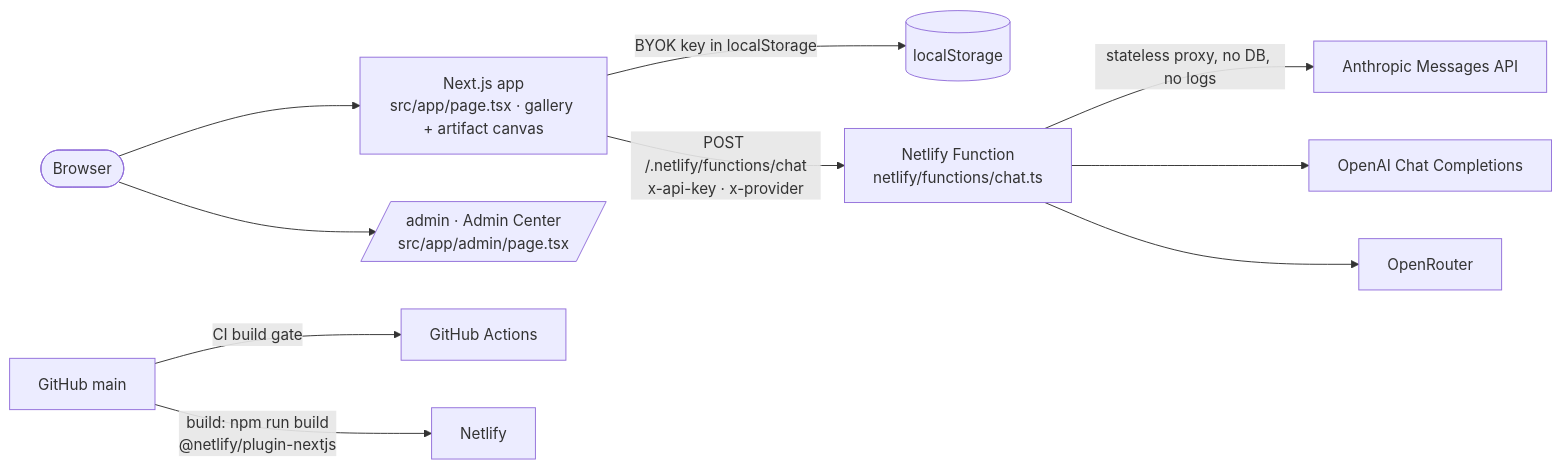
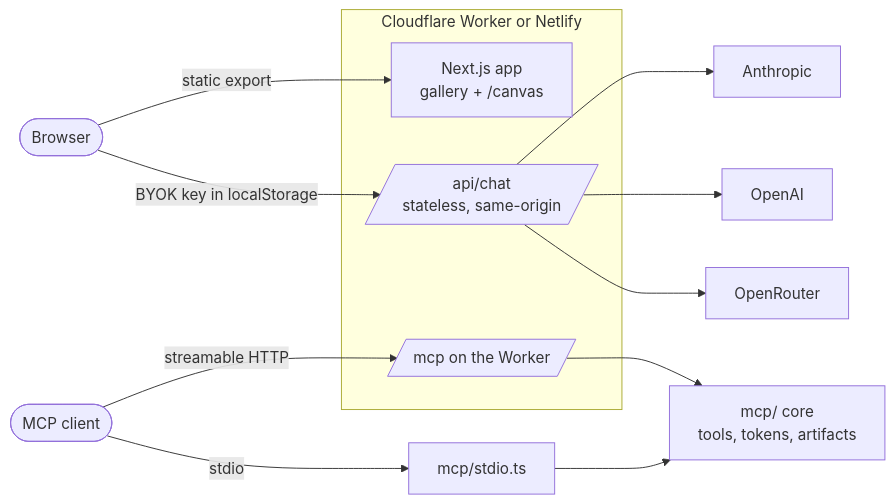
One commit to FriskyDevelopments/open-claude-design changed the diagram in README.md. Above: the diagram before and after it, drawn with Mermaid. The commit also changed other lines of this file and 13 other files, not shown here.

````diff
--- a/README.md
+++ b/README.md
@@ -33,12 +190,17 @@
 ```mermaid
 flowchart LR
-  user([Browser]) --> app[Next.js app<br/>src/app/page.tsx · gallery + artifact canvas]
-  app -->|BYOK key in localStorage| ls[(localStorage)]
-  app -->|POST /.netlify/functions/chat<br/>x-api-key · x-provider| fn[Netlify Function<br/>netlify/functions/chat.ts]
-  fn -->|stateless proxy, no DB, no logs| anth[Anthropic Messages API]
-  fn --> oai[OpenAI Chat Completions]
-  fn --> or[OpenRouter]
-  user --> admin[/admin · Admin Center<br/>src/app/admin/page.tsx/]
-  gh[GitHub main] -->|CI build gate| ci[GitHub Actions]
-  gh -->|build: npm run build<br/>@netlify/plugin-nextjs| netlify[Netlify]
+  browser([Browser]) -->|static export| assets[Next.js app<br/>gallery + /canvas]
+  browser -->|BYOK key in localStorage| proxy[/api/chat<br/>stateless, same-origin/]
+  proxy --> anthropic[Anthropic]
+  proxy --> openai[OpenAI]
+  proxy --> openrouter[OpenRouter]
+  client([MCP client]) -->|stdio| stdio[mcp/stdio.ts]
+  client -->|streamable HTTP| mcp[/mcp on the Worker/]
+  stdio --> core[mcp/ core<br/>tools, tokens, artifacts]
+  mcp --> core
+  subgraph Worker [Cloudflare Worker or Netlify]
+    assets
+    proxy
+    mcp
+  end
 ```
````
